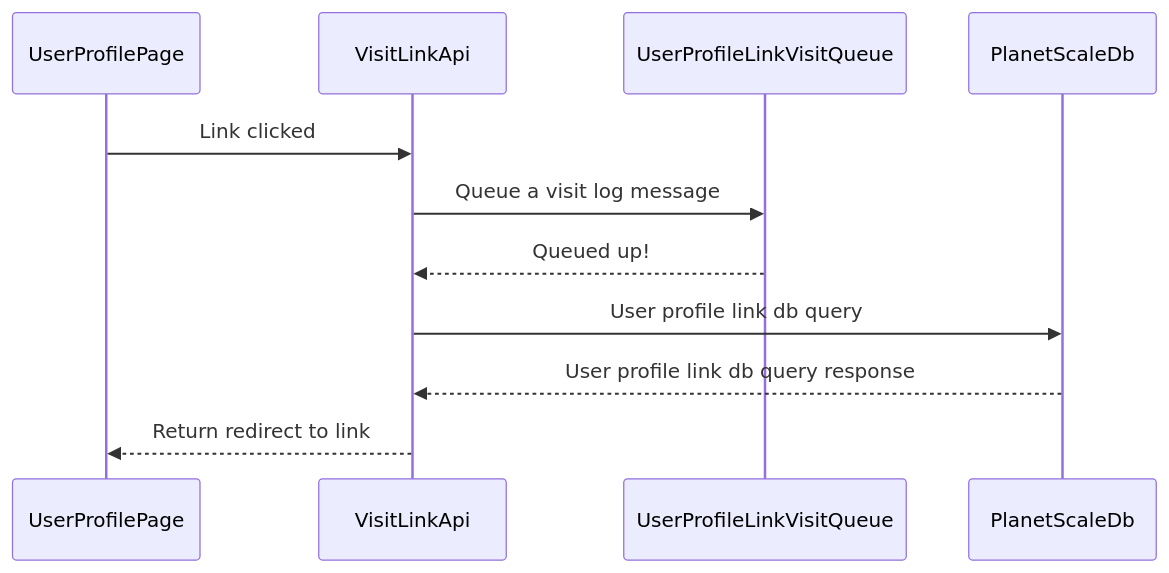
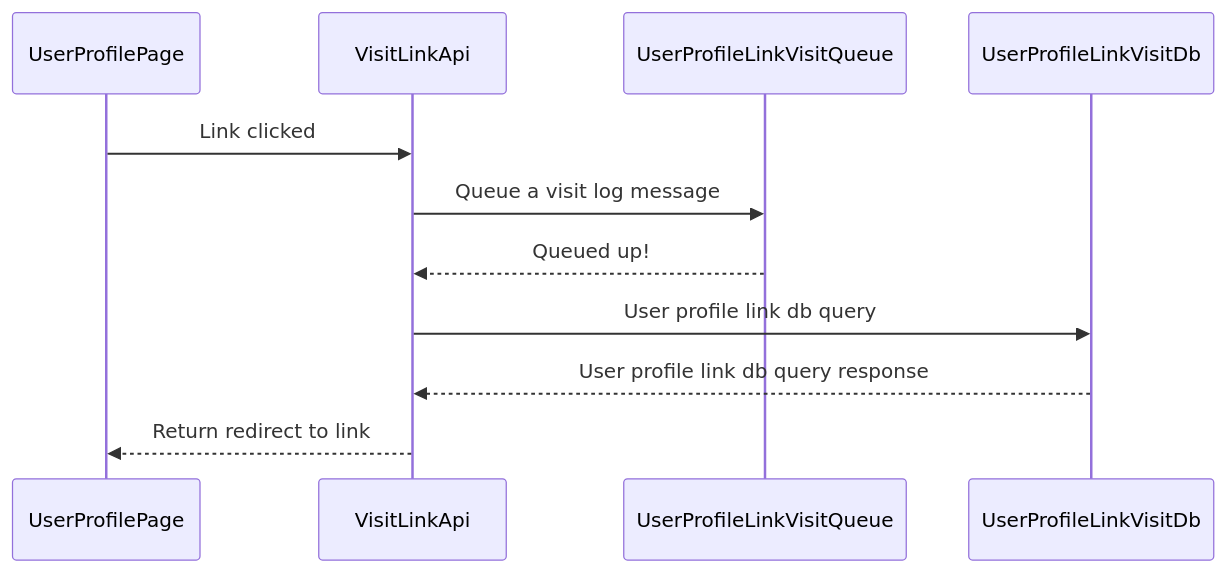
One commit to willholmeswastaken/mylinks changed the third of 4 diagrams in docs/Design-Decisions.md. Above: the diagram before and after it, drawn with Mermaid. The commit also changed other lines of this file, not shown here.

````diff
--- a/docs/Design-Decisions.md
+++ b/docs/Design-Decisions.md
@@ -65,13 +47,13 @@
 ```mermaid
 sequenceDiagram
     participant UserProfilePage
     participant VisitLinkApi
     participant UserProfileLinkVisitQueue
-    participant PlanetScaleDb
+    participant UserProfileLinkVisitDb
     UserProfilePage->>VisitLinkApi: Link clicked
     VisitLinkApi->>UserProfileLinkVisitQueue: Queue a visit log message
     UserProfileLinkVisitQueue-->>VisitLinkApi: Queued up!
-    VisitLinkApi->>PlanetScaleDb: User profile link db query
-    PlanetScaleDb-->>VisitLinkApi: User profile link db query response
+    VisitLinkApi->>UserProfileLinkVisitDb: User profile link db query
+    UserProfileLinkVisitDb-->>VisitLinkApi: User profile link db query response
     VisitLinkApi-->>UserProfilePage: Return redirect to link
 ```
````
